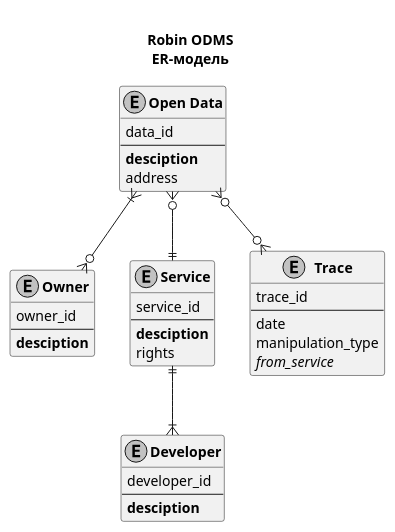
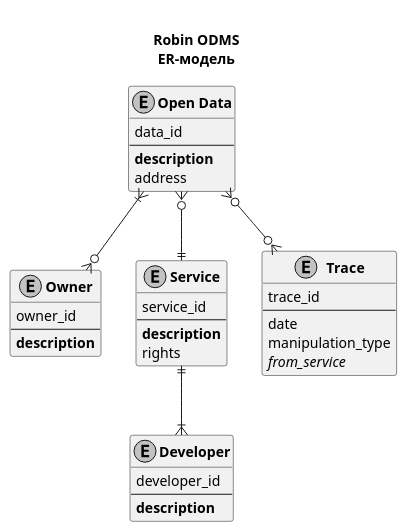
Before and after one commit to KepAlex-404/robin: the diagram in docs/ER-Model/ER.puml, drawn with PlantUML.

Commit message:
corrected mistakes in ER

```diff
--- a/docs/ER-Model/ER.puml
+++ b/docs/ER-Model/ER.puml
@@ -1,51 +1,51 @@
 @startuml ER-model
 
 skinparam monochrome true
 skinparam	shadowing false
 
 title
   <font size=14 color=black>
 	<b>Robin ODMS
 	ER-модель
 end title
 
 entity "<b>Open Data" as Data {
 	data_id
 	--
-	**desciption**
+	**description**
 	address
 }
 
 entity "<b>Owner" as Owner {
 	owner_id
 	--
-	**desciption**
+	**description**
 }
 
 entity "<b>Service" as Service {
 	service_id
 	--
-	**desciption**
+	**description**
 	rights
 }
 
 entity "<b>Developer" as Developer {
 	developer_id
 	--
-	**desciption**
+	**description**
 }
 
 entity "<b>Trace" as Trace {
 	trace_id
 	--
 	date
 	manipulation_type
 	<i>from_service
 }
 
 Data }|--o{ Owner
 Data }o--|| Service
 Data }o--o{ Trace
 Service ||--|{ Developer
 
 @enduml
```
